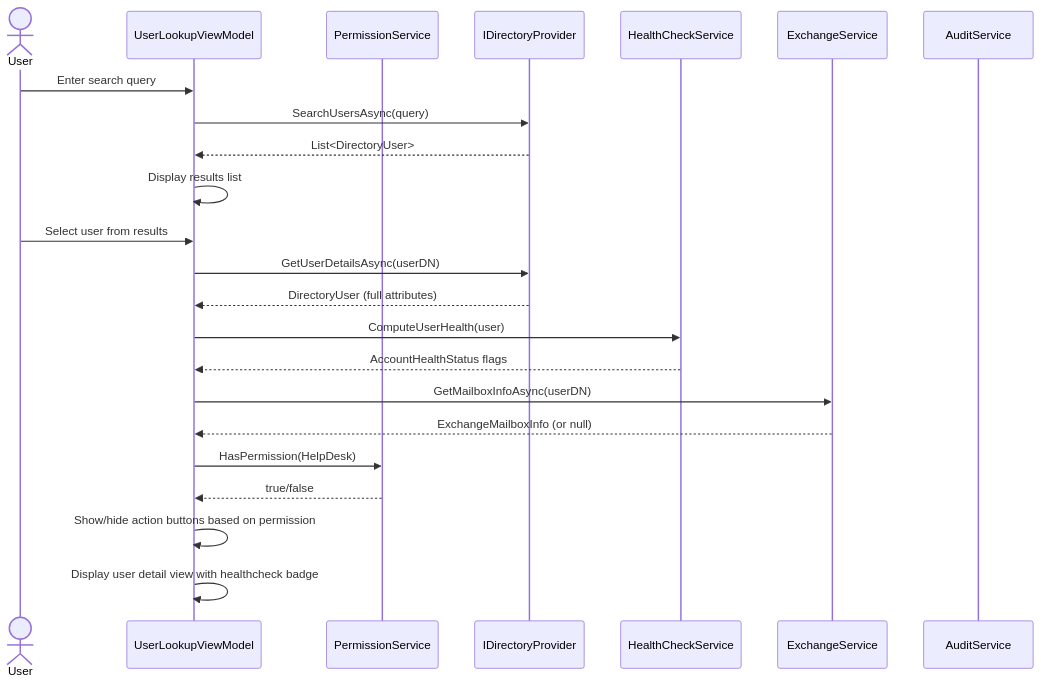
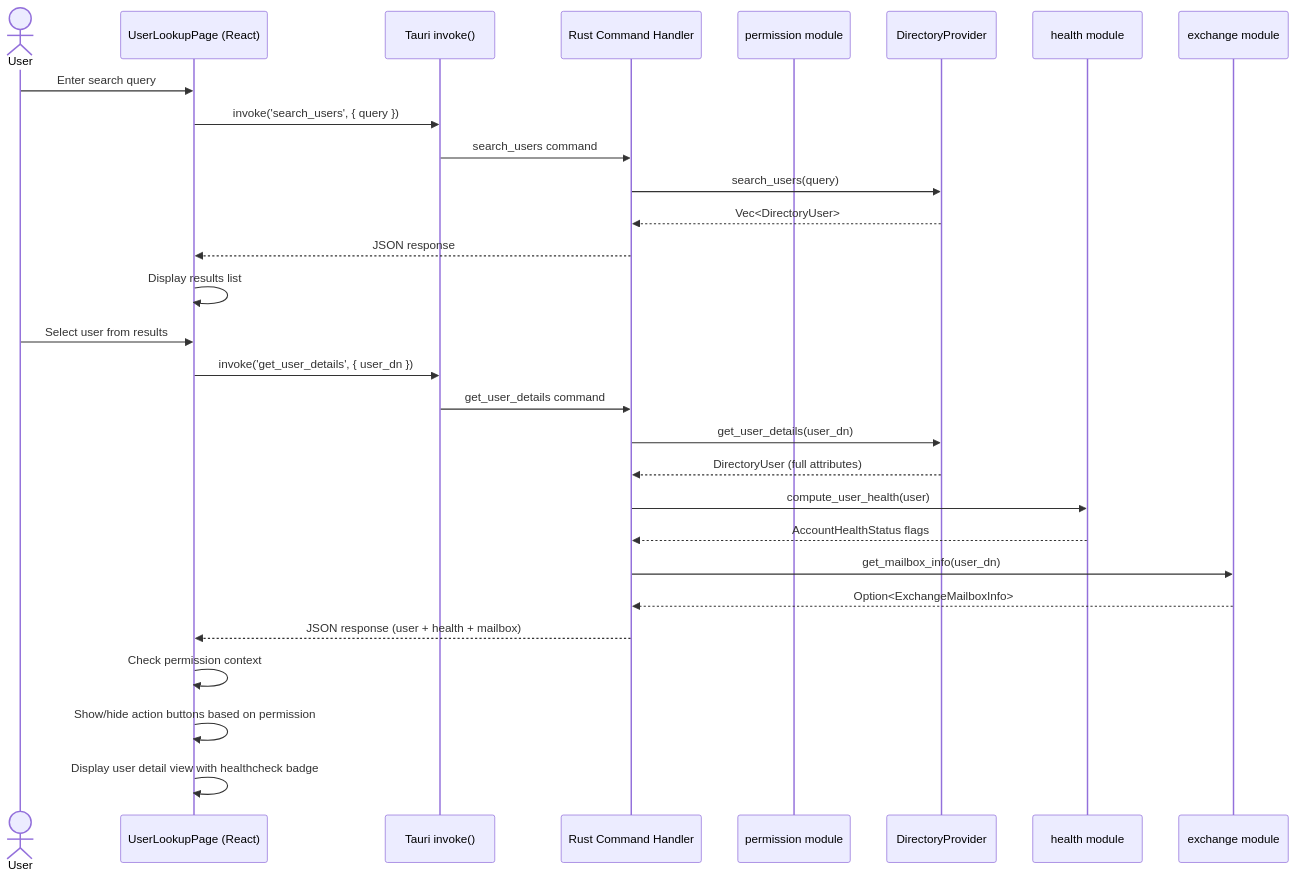
One commit to Rwx-G/DSPanel changed the first of 4 diagrams in docs/architecture/core-workflows.md. Above: the diagram before and after it, drawn with Mermaid. The commit also changed other lines of this file and 320 other files, not shown here.

First line of the commit message:
chore: migrate project from C#/WPF/.NET to Rust/Tauri v2 + React/TypeScript

````diff
--- a/docs/architecture/core-workflows.md
+++ b/docs/architecture/core-workflows.md
@@ -5,27 +5,33 @@
 ```mermaid
 sequenceDiagram
     actor User
-    participant VM as UserLookupViewModel
-    participant Perm as PermissionService
-    participant Dir as IDirectoryProvider
-    participant Health as HealthCheckService
-    participant Exch as ExchangeService
-    participant Audit as AuditService
+    participant UI as UserLookupPage (React)
+    participant IPC as Tauri invoke()
+    participant Cmd as Rust Command Handler
+    participant Perm as permission module
+    participant Dir as DirectoryProvider
+    participant Health as health module
+    participant Exch as exchange module
 
-    User->>VM: Enter search query
-    VM->>Dir: SearchUsersAsync(query)
-    Dir-->>VM: List<DirectoryUser>
-    VM->>VM: Display results list
+    User->>UI: Enter search query
+    UI->>IPC: invoke('search_users', { query })
+    IPC->>Cmd: search_users command
+    Cmd->>Dir: search_users(query)
+    Dir-->>Cmd: Vec<DirectoryUser>
+    Cmd-->>UI: JSON response
+    UI->>UI: Display results list
 
-    User->>VM: Select user from results
-    VM->>Dir: GetUserDetailsAsync(userDN)
-    Dir-->>VM: DirectoryUser (full attributes)
-    VM->>Health: ComputeUserHealth(user)
-    Health-->>VM: AccountHealthStatus flags
-    VM->>Exch: GetMailboxInfoAsync(userDN)
-    Exch-->>VM: ExchangeMailboxInfo (or null)
-    VM->>Perm: HasPermission(HelpDesk)
-    Perm-->>VM: true/false
-    VM->>VM: Show/hide action buttons based on permission
-    VM->>VM: Display user detail view with healthcheck badge
+    User->>UI: Select user from results
+    UI->>IPC: invoke('get_user_details', { user_dn })
+    IPC->>Cmd: get_user_details command
+    Cmd->>Dir: get_user_details(user_dn)
+    Dir-->>Cmd: DirectoryUser (full attributes)
+    Cmd->>Health: compute_user_health(user)
+    Health-->>Cmd: AccountHealthStatus flags
+    Cmd->>Exch: get_mailbox_info(user_dn)
+    Exch-->>Cmd: Option<ExchangeMailboxInfo>
+    Cmd-->>UI: JSON response (user + health + mailbox)
+    UI->>UI: Check permission context
+    UI->>UI: Show/hide action buttons based on permission
+    UI->>UI: Display user detail view with healthcheck badge
 ```
````
